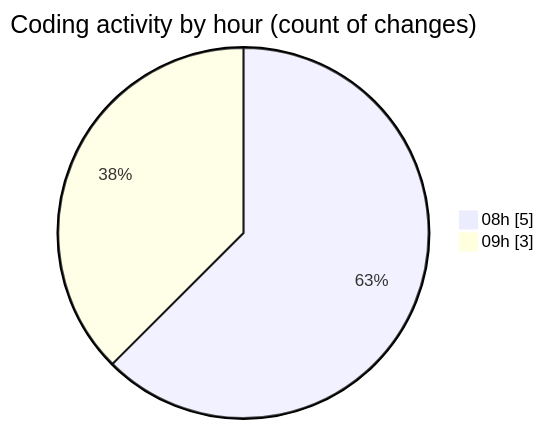
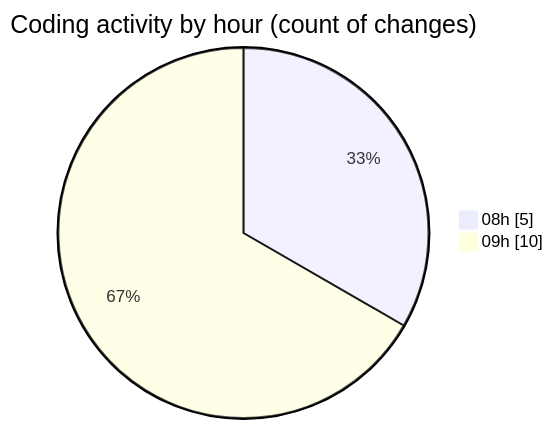
One commit to EIIisD/code-tracking changed the second of 2 diagrams in 2025-08-12/fish/README.md. Above: the diagram before and after it, drawn with Mermaid. The commit also changed other lines of this file and 1 other file, not shown here.

````diff
--- a/2025-08-12/fish/README.md
+++ b/2025-08-12/fish/README.md
@@ -28,6 +28,6 @@
 ```mermaid
 pie showData
 title Coding activity by hour (count of changes)
 "08h" : 5
-"09h" : 3
+"09h" : 10
 ```
````
